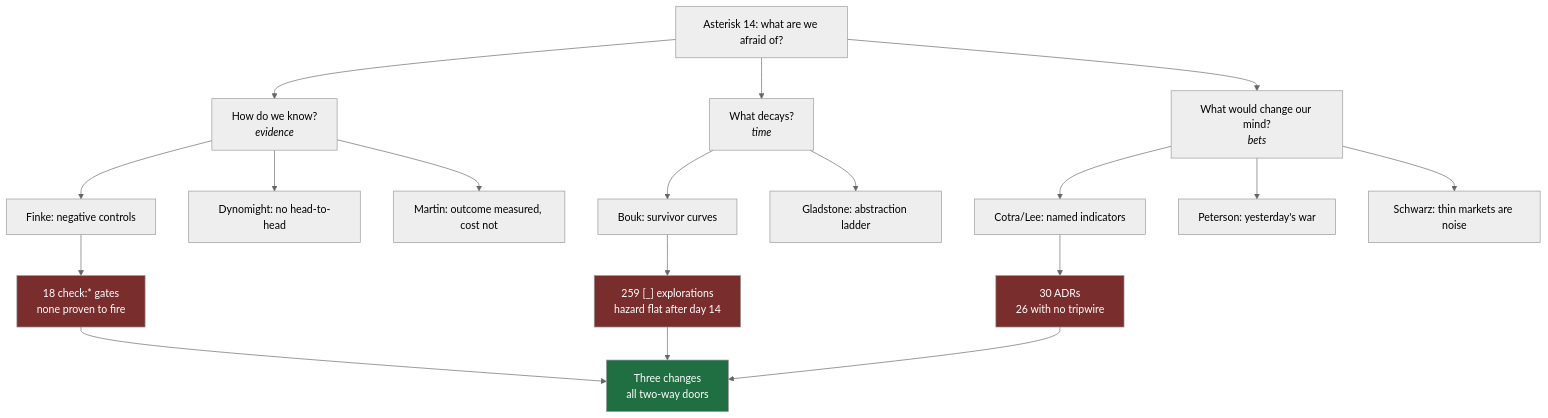
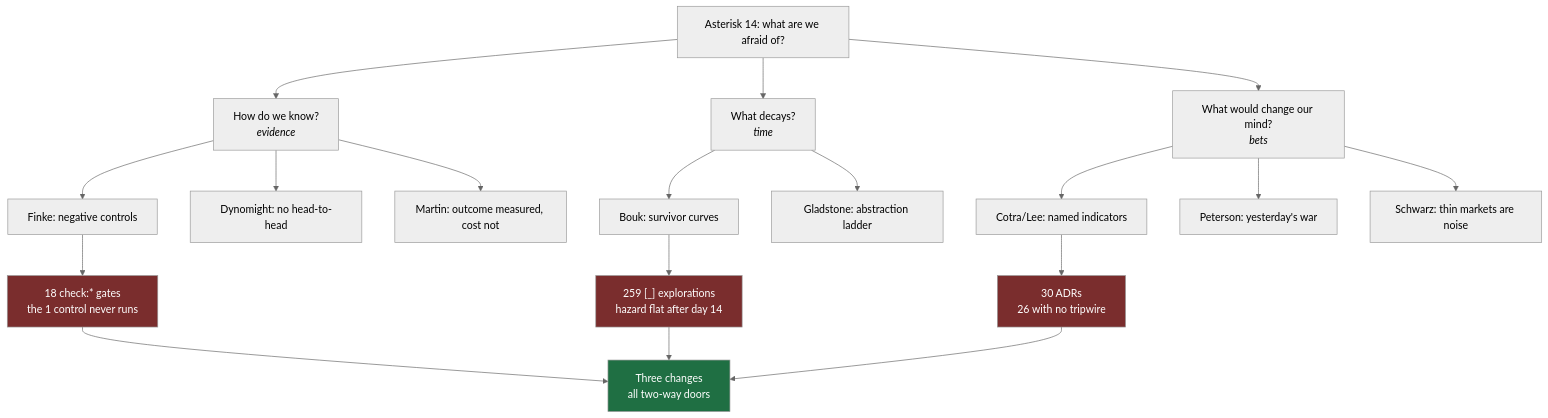
Before and after one commit to crs48/xNet: the first of 3 diagrams in docs/explorations/0424_[_]_RISK_ADJUSTED_ENGINEERING_READING_ASTERISK_14.md, drawn with Mermaid (neutral theme). The commit also changed other lines of this file and 3 other files, not shown here.

````diff
--- a/docs/explorations/0424_[_]_RISK_ADJUSTED_ENGINEERING_READING_ASTERISK_14.md
+++ b/docs/explorations/0424_[_]_RISK_ADJUSTED_ENGINEERING_READING_ASTERISK_14.md
@@ -70,31 +70,31 @@
 ```mermaid
 flowchart TD
     Q["Asterisk 14: what are we afraid of?"]
 
     Q --> A["How do we know?<br/><i>evidence</i>"]
     Q --> B["What decays?<br/><i>time</i>"]
     Q --> C["What would change our mind?<br/><i>bets</i>"]
 
     A --> A1["Finke: negative controls"]
     A --> A2["Dynomight: no head-to-head"]
     A --> A3["Martin: outcome measured, cost not"]
-    A1 --> AX["18 check:* gates<br/>none proven to fire"]
+    A1 --> AX["18 check:* gates<br/>the 1 control never runs"]
 
     B --> B1["Bouk: survivor curves"]
     B --> B2["Gladstone: abstraction ladder"]
     B1 --> BX["259 [_] explorations<br/>hazard flat after day 14"]
 
     C --> C1["Cotra/Lee: named indicators"]
     C --> C2["Peterson: yesterday's war"]
     C --> C3["Schwarz: thin markets are noise"]
     C1 --> CX["30 ADRs<br/>26 with no tripwire"]
 
     AX --> R["Three changes<br/>all two-way doors"]
     BX --> R
     CX --> R
 
     style R fill:#1f6f43,color:#fff
     style AX fill:#7a2d2d,color:#fff
     style BX fill:#7a2d2d,color:#fff
     style CX fill:#7a2d2d,color:#fff
 ```
````
